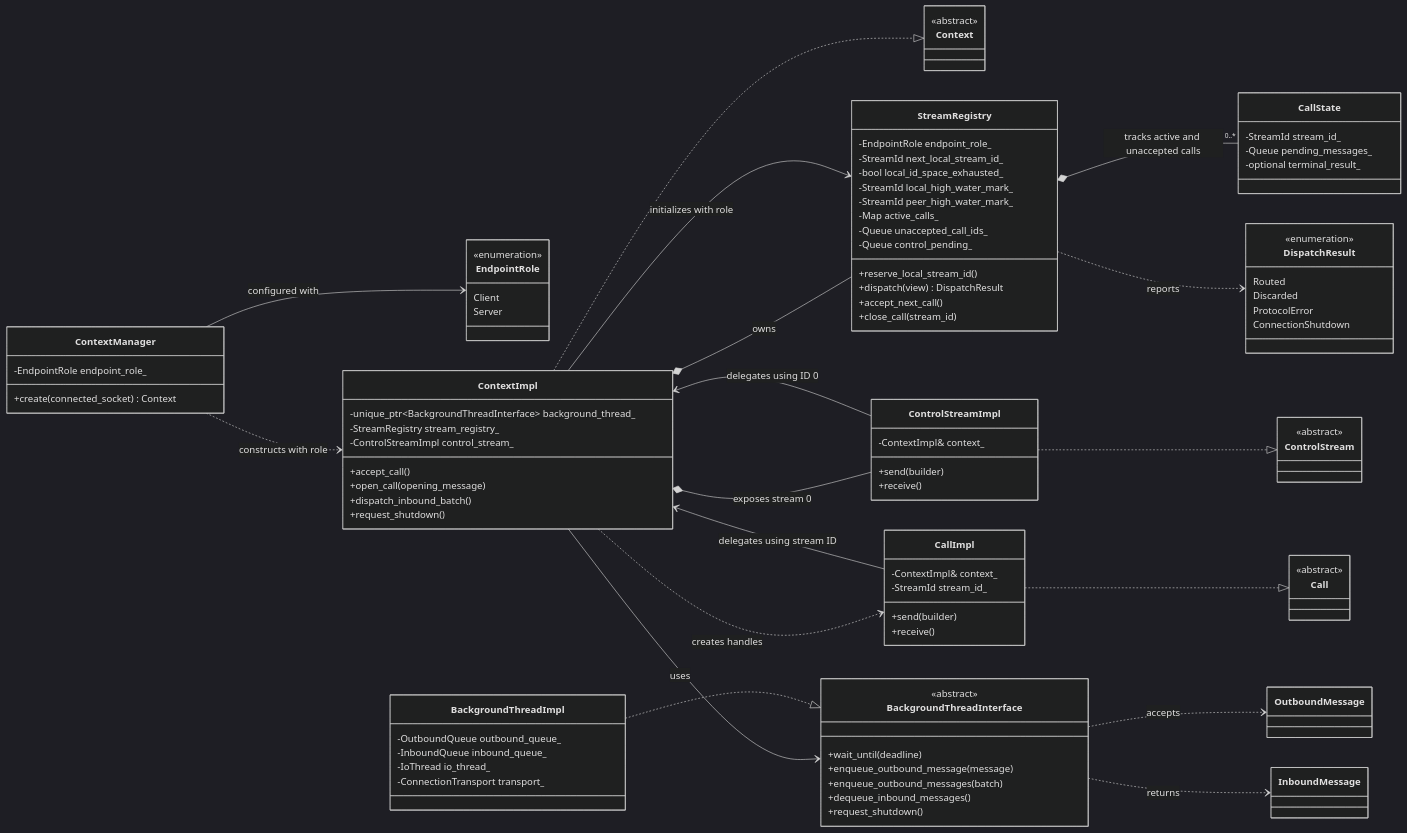
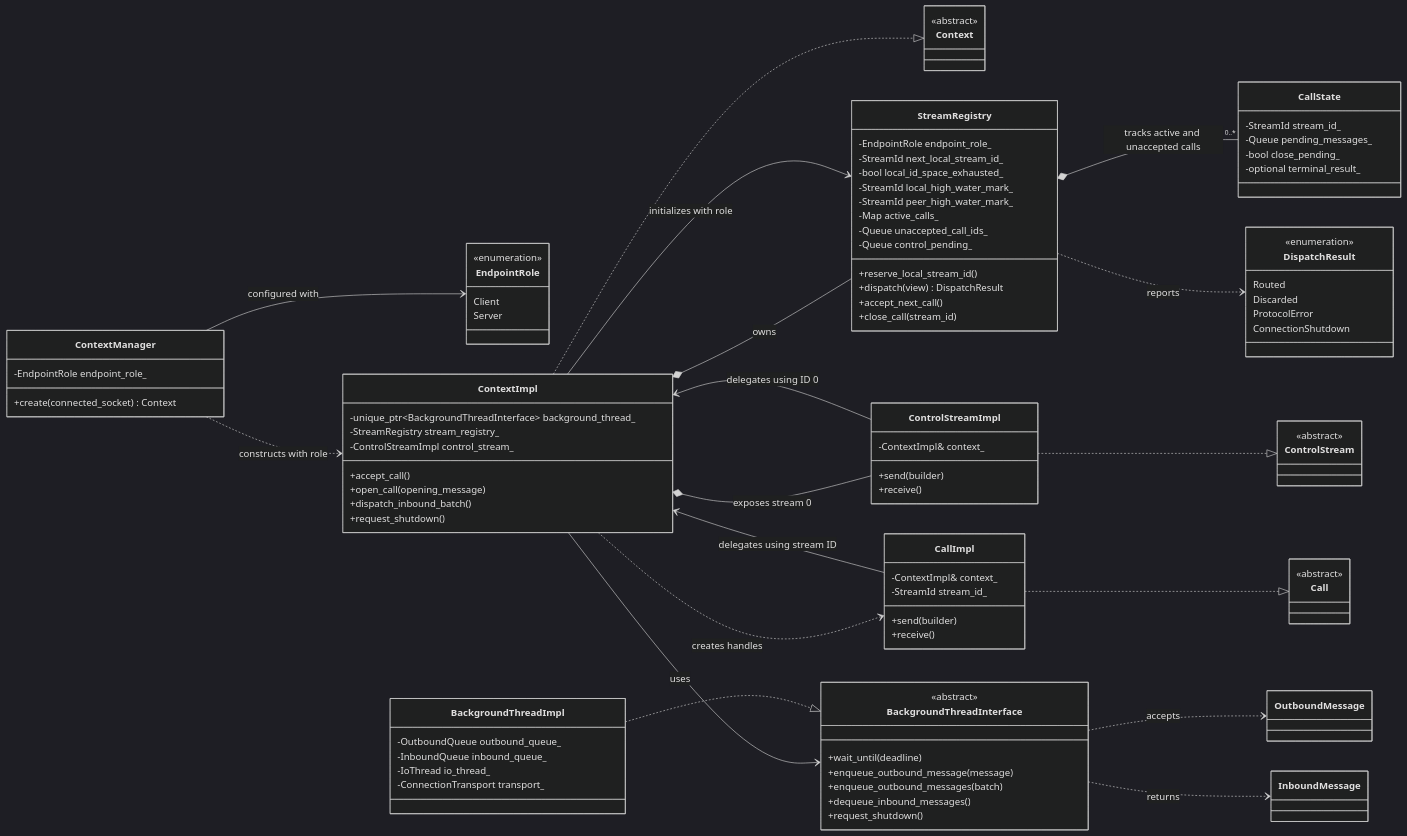
The diagram in doc/design/v2/runner/stream_management.md (exasol/udf-runner-cpp), drawn with Mermaid (dark theme) before and after one commit. The commit also changed other lines of this file and 4 other files, not shown here.

```diff
--- a/doc/design/v2/runner/stream_management.md
+++ b/doc/design/v2/runner/stream_management.md
@@ -231,6 +249,7 @@
 class CallState {
     -StreamId stream_id_
     -Queue pending_messages_
+    -bool close_pending_
     -optional terminal_result_
 }
 class CallImpl {
```
